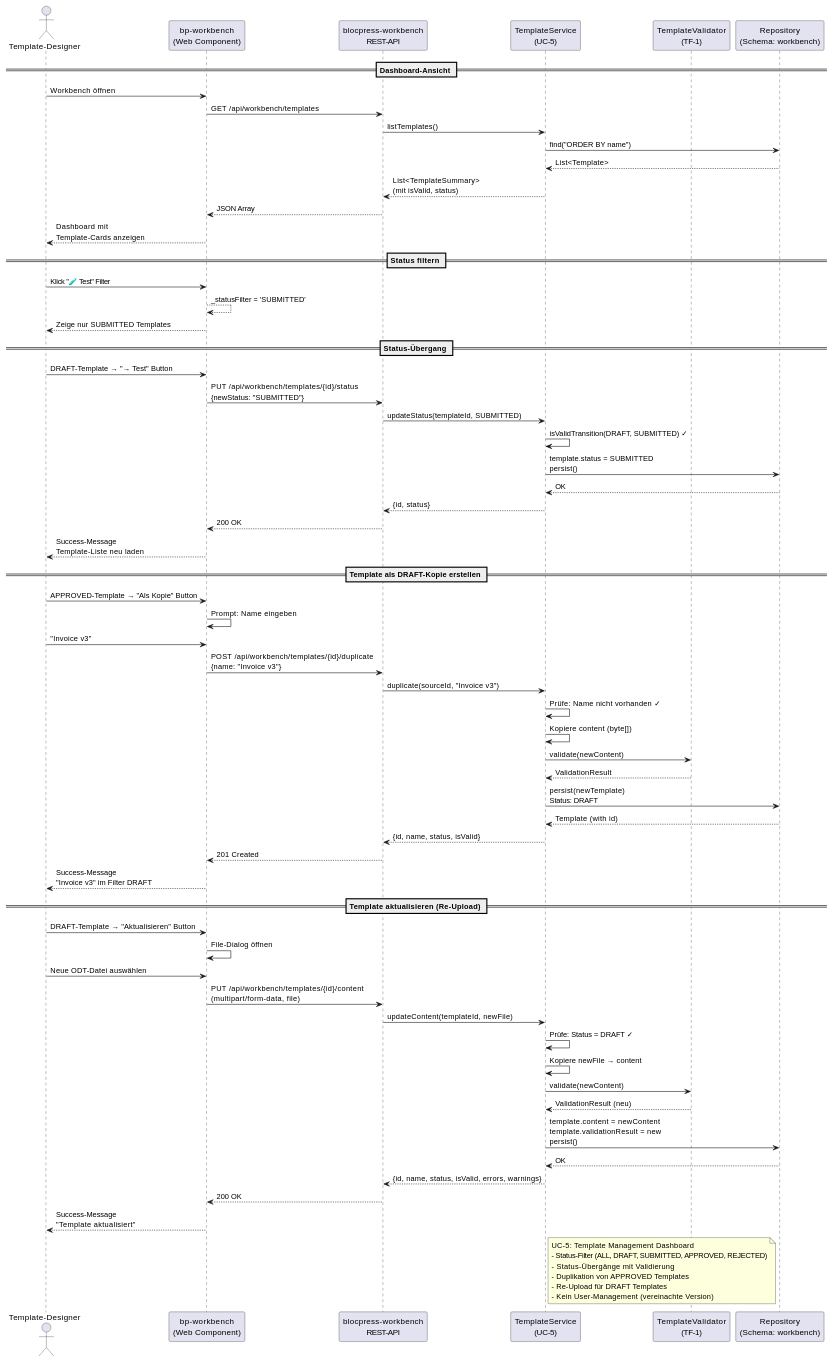
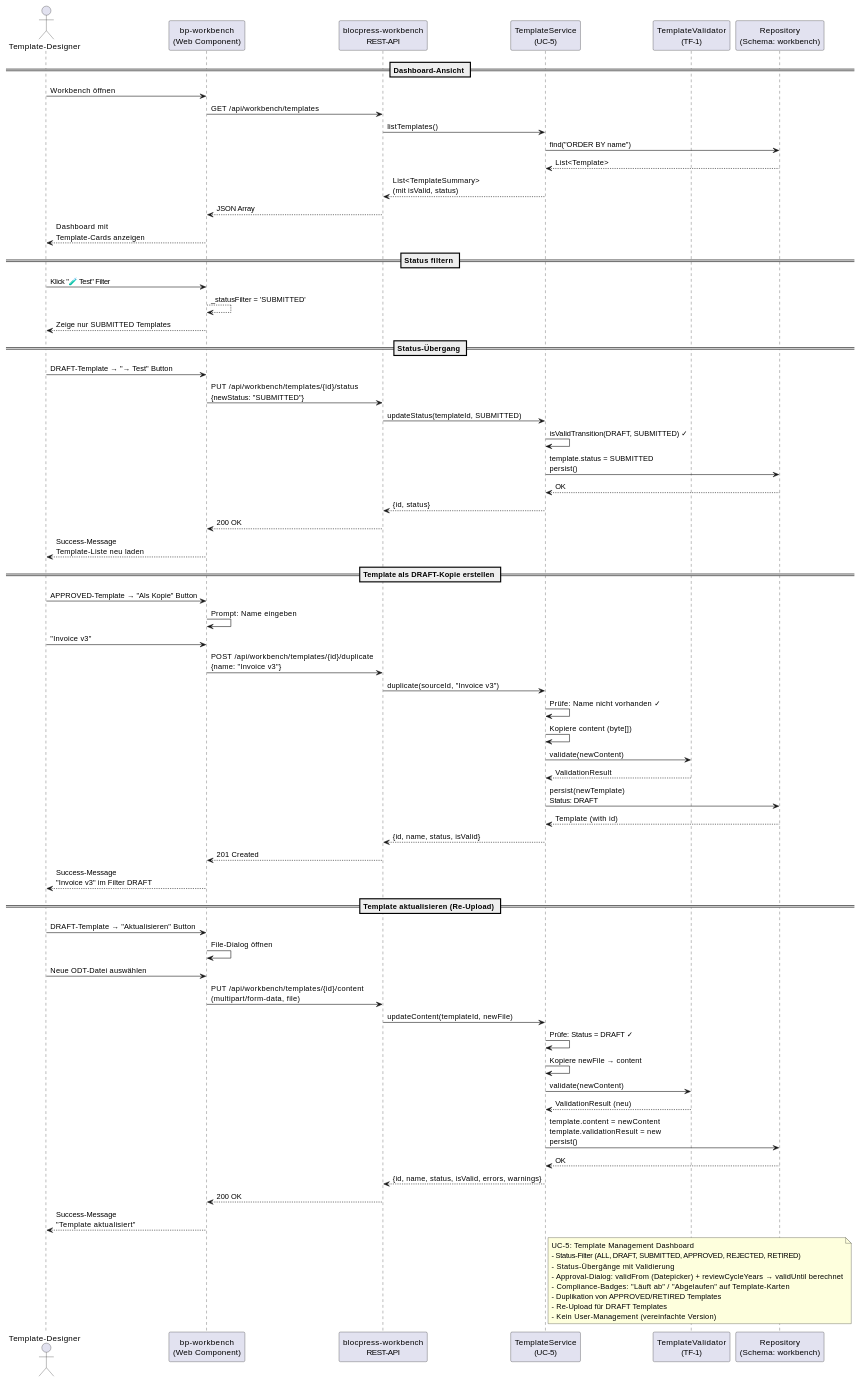
One commit to flaechsig/blocpress changed diagram 12 of 20 in docs/specification/arc42.adoc. Above: the diagram before and after it, drawn with PlantUML. The commit also changed other lines of this file and 15 other files, not shown here.

First line of the commit message:
feat(workbench): UC-12 Compliance-Review — Gültigkeitszeitraum & Sperrmechanismus

```diff
--- a/docs/specification/arc42.adoc
+++ b/docs/specification/arc42.adoc
@@ -1203,11 +1203,13 @@
 
 note right of UC
   UC-5: Template Management Dashboard
-  - Status-Filter (ALL, DRAFT, SUBMITTED, APPROVED, REJECTED)
+  - Status-Filter (ALL, DRAFT, SUBMITTED, APPROVED, REJECTED, RETIRED)
   - Status-Übergänge mit Validierung
-  - Duplikation von APPROVED Templates
+  - Approval-Dialog: validFrom (Datepicker) + reviewCycleYears → validUntil berechnet
+  - Compliance-Badges: "Läuft ab" / "Abgelaufen" auf Template-Karten
+  - Duplikation von APPROVED/RETIRED Templates
   - Re-Upload für DRAFT Templates
-  - Kein User-Management (vereinachte Version)
+  - Kein User-Management (vereinfachte Version)
 end note
 
 @enduml
```
